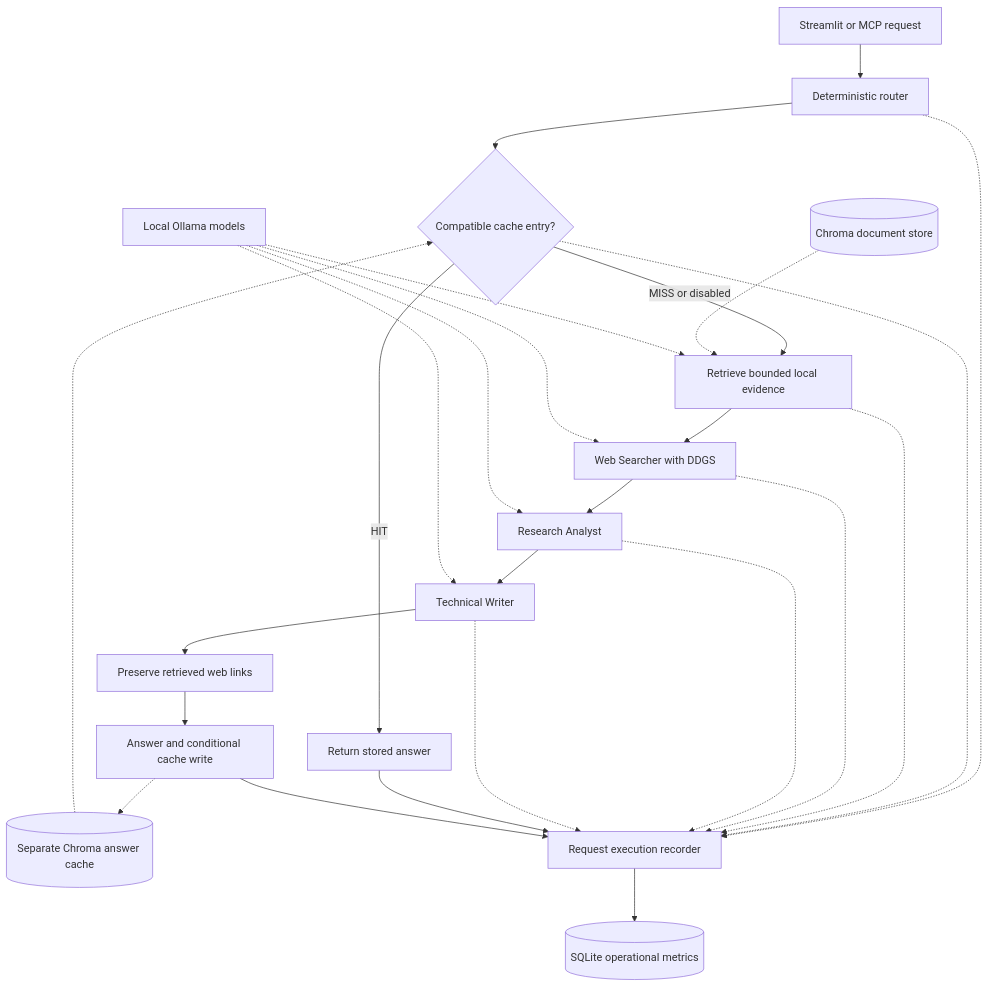
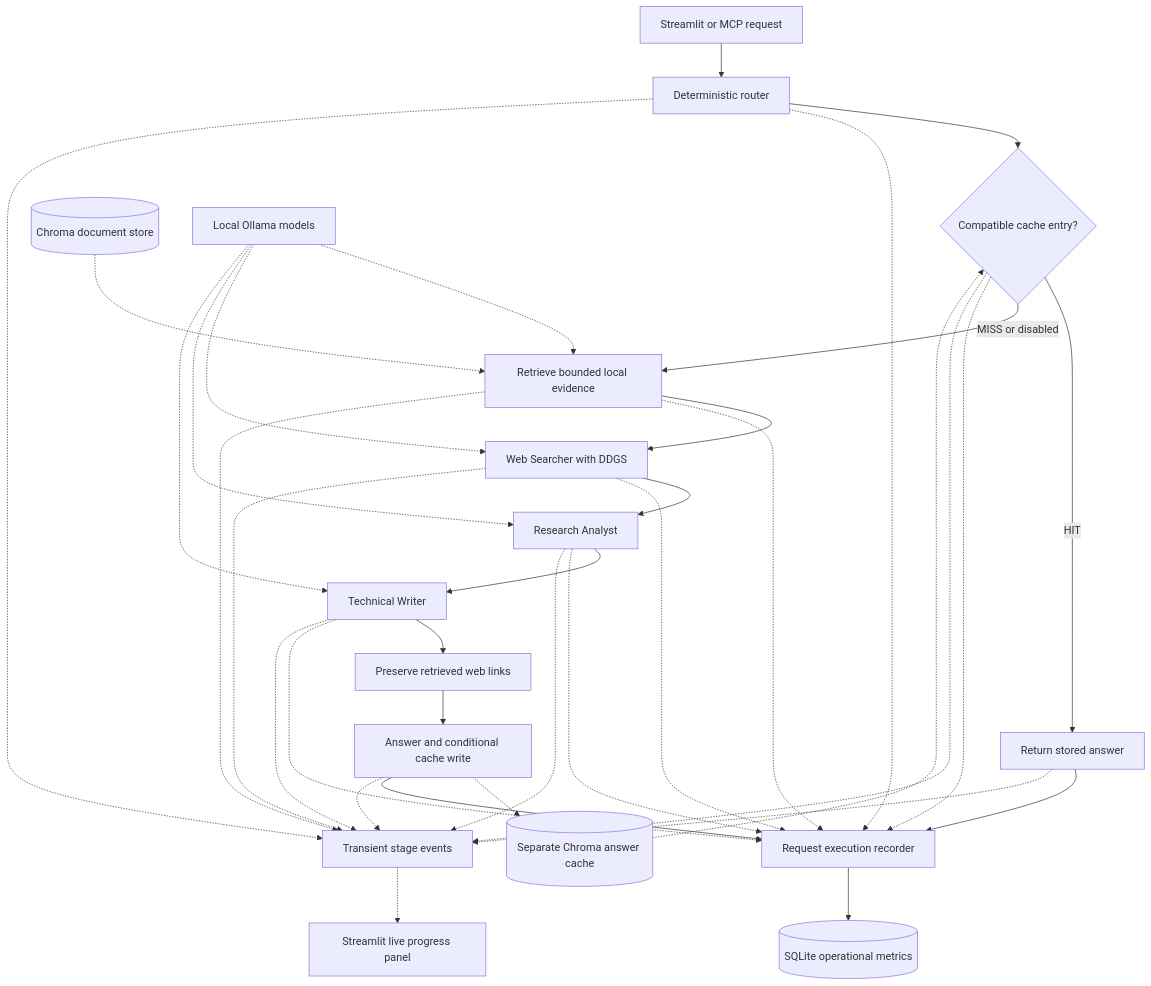
One commit to kushyadav48/Multi-agent-deep-researcher changed the diagram in docs/architecture.md. Above: the diagram before and after it, drawn with Mermaid. The commit also changed other lines of this file and 9 other files, not shown here.

````diff
--- a/docs/architecture.md
+++ b/docs/architecture.md
@@ -7,28 +7,37 @@
 ```mermaid
 flowchart TD
     I[Streamlit or MCP request] --> R[Deterministic router]
     R --> C{Compatible cache entry?}
     C -->|HIT| H[Return stored answer]
     C -->|MISS or disabled| L[Retrieve bounded local evidence]
     L --> S[Web Searcher with DDGS]
     S --> A[Research Analyst]
     A --> W[Technical Writer]
     W --> P[Preserve retrieved web links]
     P --> F[Answer and conditional cache write]
     D[(Chroma document store)] -.-> L
     K[(Separate Chroma answer cache)] -.-> C
     F -.-> K
     O[Local Ollama models] -.-> L
     O -.-> S
     O -.-> A
     O -.-> W
     R -.-> T[Request execution recorder]
     C -.-> T
     L -.-> T
     S -.-> T
     A -.-> T
     W -.-> T
     H --> T
     F --> T
     T --> M[(SQLite operational metrics)]
+    R -.-> E[Transient stage events]
+    C -.-> E
+    L -.-> E
+    S -.-> E
+    A -.-> E
+    W -.-> E
+    F -.-> E
+    H -.-> E
+    E -.-> UI[Streamlit live progress panel]
 ```
````
